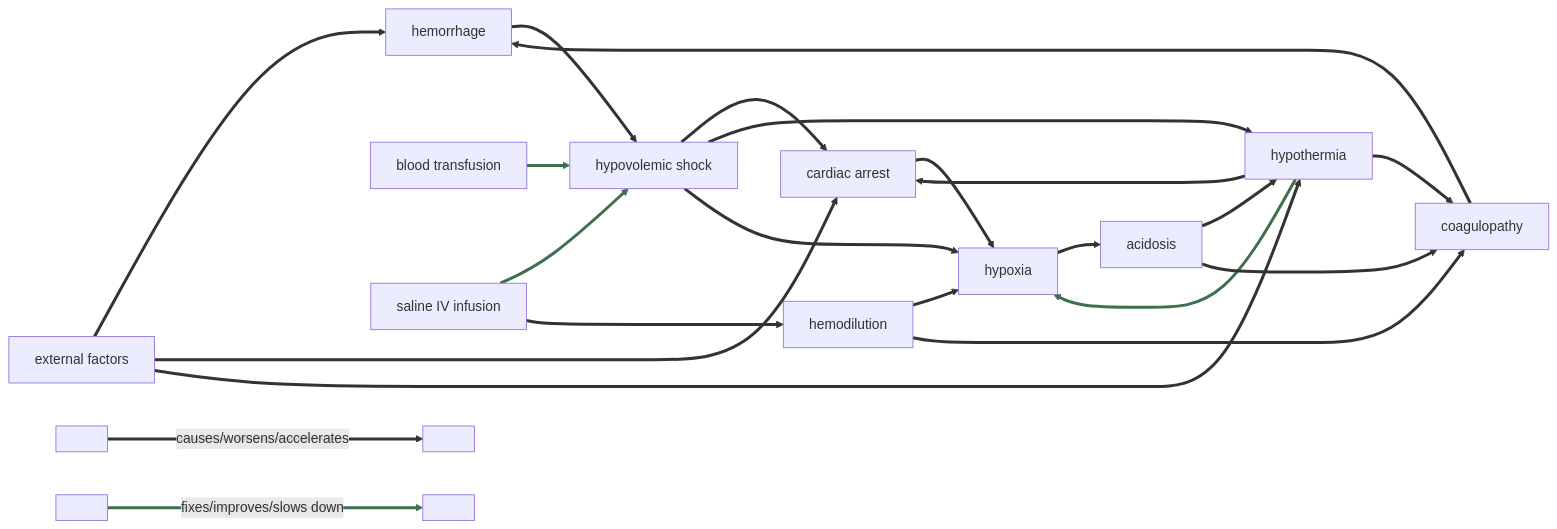
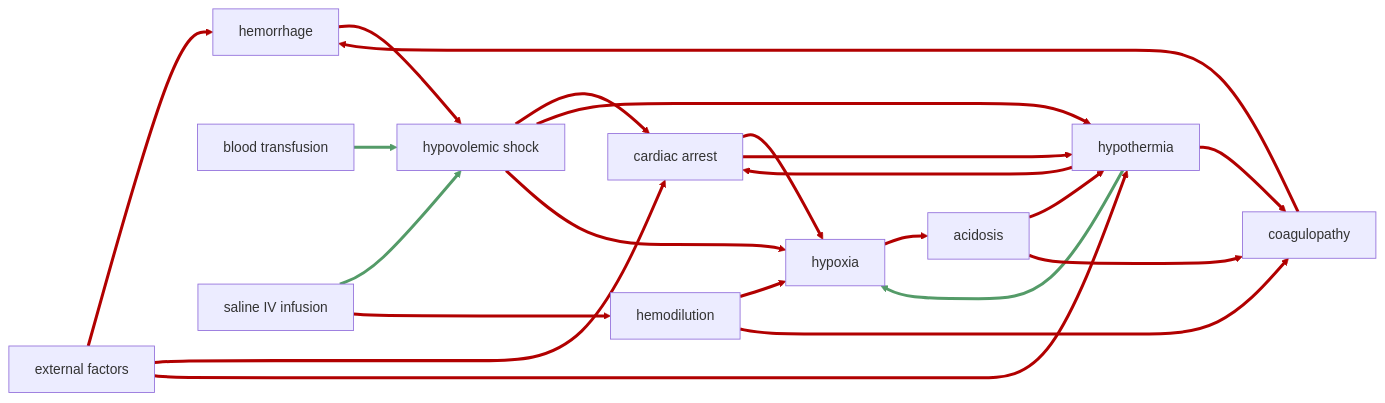
Before and after one commit to frederik-hoeft/rimworld-more-injuries: the fourth of 13 diagrams in README.md, drawn with Mermaid. The commit also changed other lines of this file and 9 other files, not shown here.

````diff
--- a/README.md
+++ b/README.md
@@ -136,34 +192,34 @@
 ```mermaid
 ---
 config:
   flowchart:
     htmlLabels: true
 ---
 flowchart LR
 
   external[external factors] ==> hemorrhage[hemorrhage]
   external ==> cardiac_arrest[cardiac arrest]
   external ==> hypothermia[hypothermia]
   hemorrhage ==> hypovolemic_shock[hypovolemic shock]
   hypovolemic_shock ==> cardiac_arrest
   hypovolemic_shock ==> hypothermia
   hemodilution[hemodilution] ==> hypoxia
   hemodilution ==> coagulopathy[coagulopathy]
   cardiac_arrest ==> hypoxia[hypoxia]
   coagulopathy ==> hemorrhage
   hypothermia ==> hypoxia
   hypovolemic_shock ==> hypoxia
   hypoxia ==> acidosis[acidosis]
   acidosis ==> hypothermia
   acidosis ==> coagulopathy
   hypothermia ==> coagulopathy
   hypothermia ==> cardiac_arrest
   blood_transfusion[blood transfusion] ==> hypovolemic_shock
   saline_infusion[saline IV infusion] ==> hypovolemic_shock
   saline_infusion ==> hemodilution
+  cardiac_arrest ==> hypothermia
+  external ~~~ hypothermia
 
-  a[ ] == causes/worsens/accelerates ==> b[ ]
-  c[ ] == fixes/improves/slows down ==> d[ ]
-
-  linkStyle 10,17,18,21 stroke: #3F704D
+  linkStyle 10,17,18 stroke: #549b68
+  linkStyle 0,1,2,3,4,5,6,7,8,9,11,12,13,14,15,16,19,20 stroke: #b10000
 ```
````
